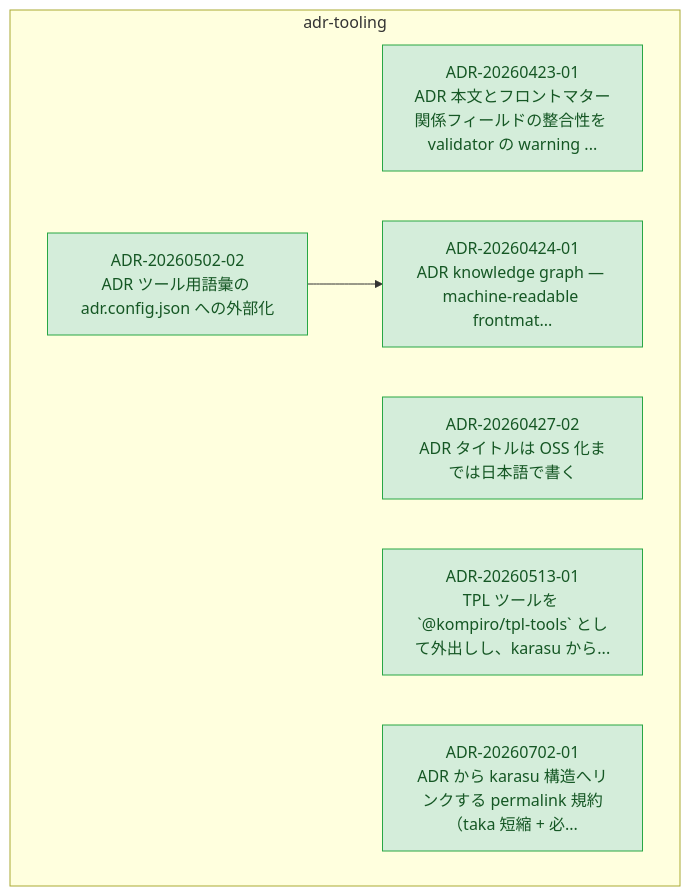
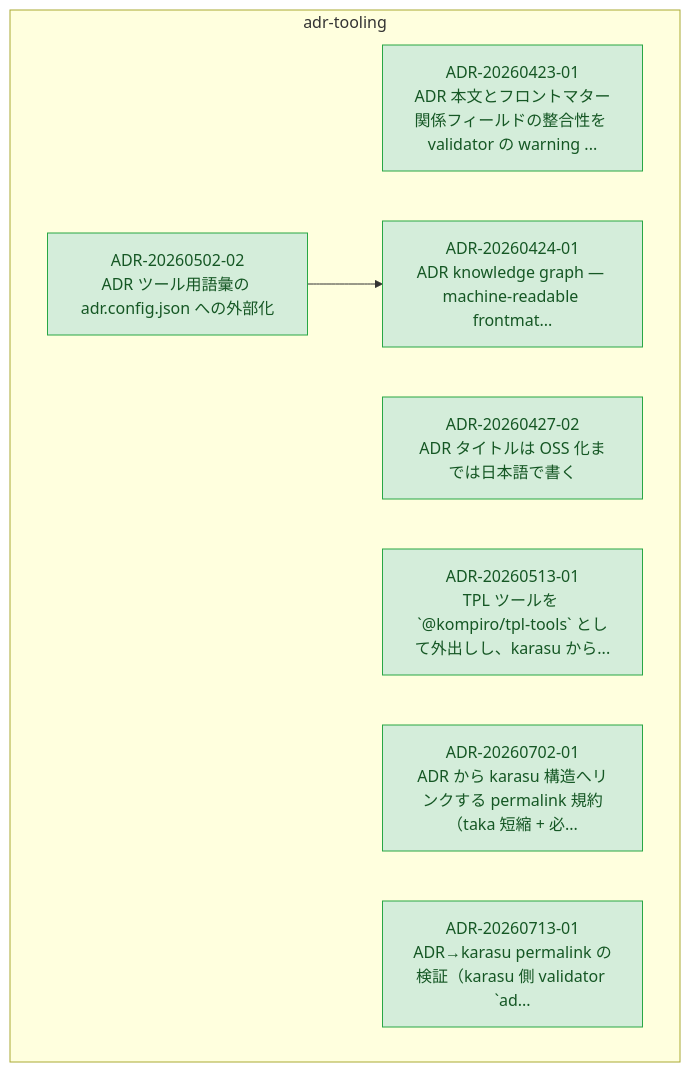
The diagram in docs/adr/graph/adr-tooling.md (kompiro/karasu), drawn with Mermaid before and after one commit. The commit also changed other lines of this file and 15 other files, not shown here.

First line of the commit message:
feat(tooling): validate ADR→karasu permalinks (#1830)

````diff
--- a/docs/adr/graph/adr-tooling.md
+++ b/docs/adr/graph/adr-tooling.md
@@ -6,25 +6,27 @@
 ```mermaid
 flowchart TD
   subgraph adr-tooling["adr-tooling"]
     ADR_20260423_01["ADR-20260423-01<br/>ADR 本文とフロントマター関係フィールドの整合性を validator の warning ..."]
     ADR_20260424_01["ADR-20260424-01<br/>ADR knowledge graph — machine-readable frontmat..."]
     ADR_20260427_02["ADR-20260427-02<br/>ADR タイトルは OSS 化までは日本語で書く"]
     ADR_20260502_02["ADR-20260502-02<br/>ADR ツール用語彙の adr.config.json への外部化"]
     ADR_20260513_01["ADR-20260513-01<br/>TPL ツールを `@kompiro/tpl-tools` として外出しし、karasu から..."]
     ADR_20260702_01["ADR-20260702-01<br/>ADR から karasu 構造へリンクする permalink 規約（taka 短縮 + 必..."]
+    ADR_20260713_01["ADR-20260713-01<br/>ADR→karasu permalink の検証（karasu 側 validator `ad..."]
   end
   ADR_20260502_02 --> ADR_20260424_01
 
   classDef accepted fill:#d4edda,stroke:#28a745,color:#155724
   classDef proposed fill:#fff3cd,stroke:#ffc107,color:#856404
   classDef deprecated fill:#f8d7da,stroke:#dc3545,color:#721c24
   classDef superseded fill:#e2e3e5,stroke:#6c757d,color:#383d41
   classDef not_adopted fill:#e2e3e5,stroke:#6c757d,color:#383d41,stroke-dasharray:3 3
   classDef ghost fill:#f5f5f5,stroke:#adb5bd,color:#6c757d,stroke-dasharray:2 2
   class ADR_20260423_01 accepted
   class ADR_20260424_01 accepted
   class ADR_20260427_02 accepted
   class ADR_20260502_02 accepted
   class ADR_20260513_01 accepted
   class ADR_20260702_01 accepted
+  class ADR_20260713_01 accepted
 ```
````
